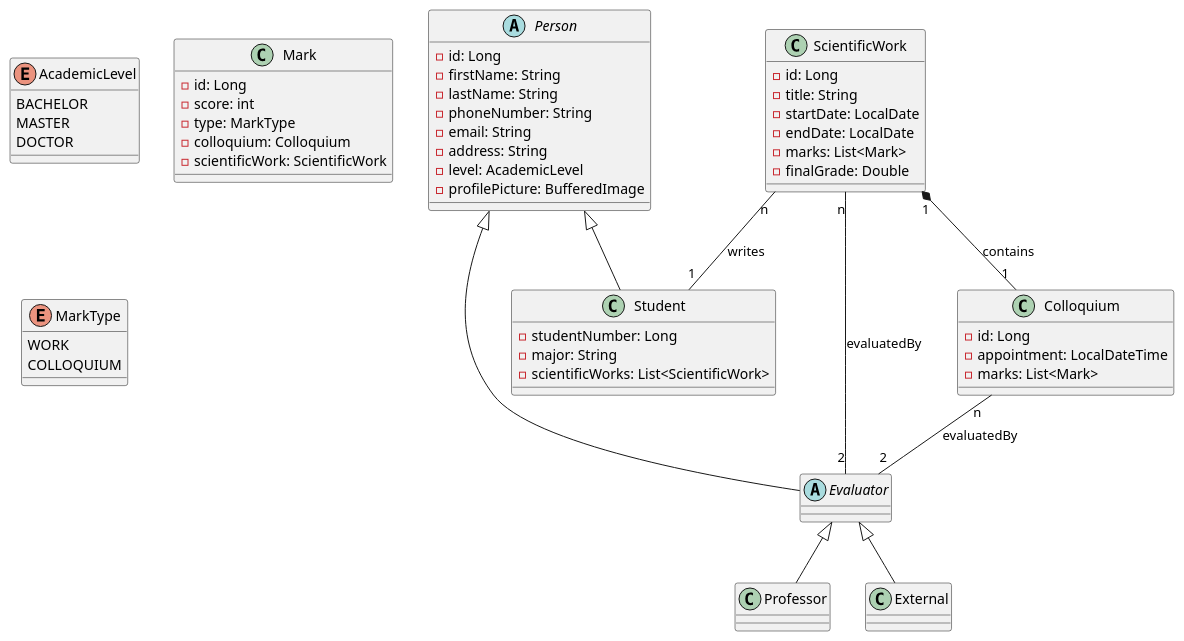
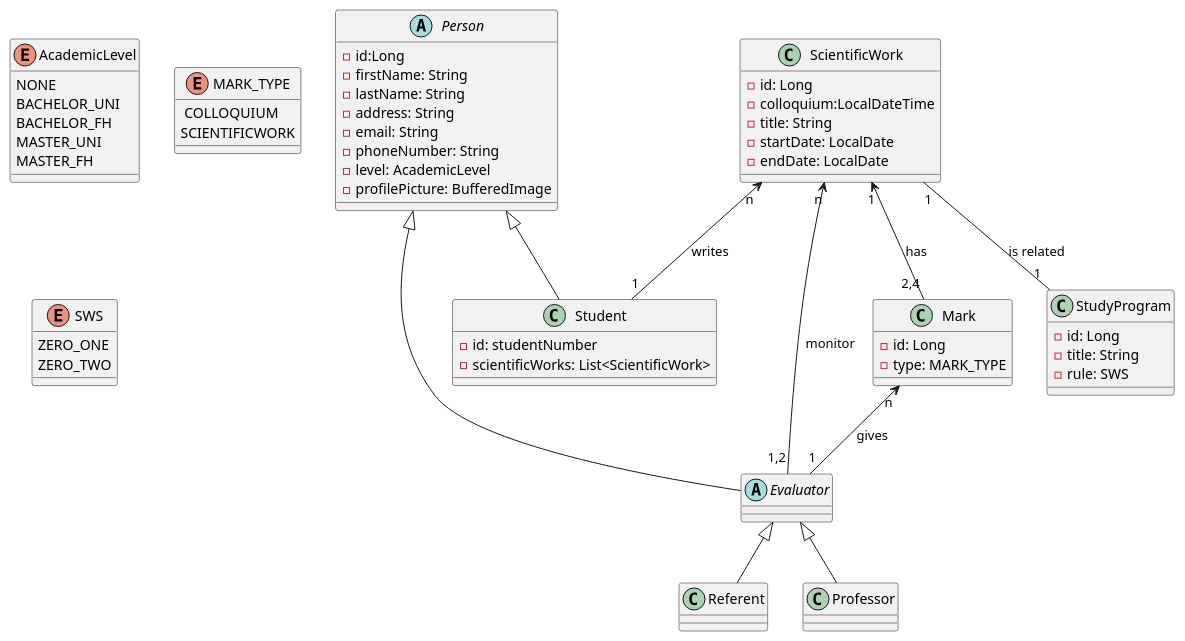
The diagram in classDiagram.puml (loiiden/ProfIs-backend), drawn with PlantUML before and after one commit. The commit also changed 14 other files, not shown here.

Commit message:
Creation of the entitites  of each model, which are defined in the classDiagram.puml file. The associated  classes are located  in the model package

```diff
--- a/classDiagram.puml
+++ b/classDiagram.puml
@@ -1,64 +1,69 @@
 @startuml
-abstract class Person {
-    - id: Long
-    - firstName: String
-    - lastName: String
-    - phoneNumber: String
-    - email: String
-    - address: String
-    - level: AcademicLevel
-    - profilePicture: BufferedImage
+abstract class Person{
+-id:Long
+-firstName: String
+-lastName: String
+-address: String
+-email: String
+-phoneNumber: String
+-level: AcademicLevel
+-profilePicture: BufferedImage
+}
+abstract class  Evaluator 
+
+class Referent
+class Professor
+class Student{
+ -id: studentNumber
+ -scientificWorks: List<ScientificWork>
+}
+enum AcademicLevel{
+    NONE
+    BACHELOR_UNI
+    BACHELOR_FH
+    MASTER_UNI
+    MASTER_FH
+}
+Person<|-- Evaluator 
+Evaluator<|-- Referent
+Evaluator<|--Professor
+Person <|-- Student
+
+class Mark{
+    -id: Long
+    -type: MARK_TYPE
+}
+Mark "n"<--"1"Evaluator : gives
+
+enum MARK_TYPE{
+     COLLOQUIUM
+     SCIENTIFICWORK
+}
+class ScientificWork{
+    -id: Long
+    -colloquium:LocalDateTime
+    -title: String
+    -startDate: LocalDate
+    -endDate: LocalDate
+}
+ScientificWork "n"<--"1,2"Evaluator : monitor
+ScientificWork "1"<--"2,4"Mark: has
+ScientificWork "n"<--"1"Student: writes
+ScientificWork "1"--"1"StudyProgram: is related
+
+
+
+class StudyProgram{
+    -id: Long
+    -title: String
+    -rule: SWS
+}
+enum SWS{
+    ZERO_ONE
+    ZERO_TWO
+
 }
 
-abstract class Evaluator
-Person <|-- Evaluator
-Evaluator <|-- Professor
-Evaluator <|-- External
 
-class Student {
-    - studentNumber: Long
-    - major: String
-    - scientificWorks: List<ScientificWork>
-}
-Person <|-- Student
 
-enum AcademicLevel {
-    BACHELOR
-    MASTER
-    DOCTOR
-}
-
-class ScientificWork{
-    -id: Long
-    - title: String
-    - startDate: LocalDate
-    - endDate: LocalDate
-    - marks: List<Mark>
-    - finalGrade: Double
-}
-
-class Colloquium{
-    -id: Long
-    -appointment: LocalDateTime
-    -marks: List<Mark>
-}
-
-class Mark {
-    - id: Long
-    - score: int
-    - type: MarkType
-    - colloquium: Colloquium
-    - scientificWork: ScientificWork
-}
-
-enum MarkType {
-    WORK
-    COLLOQUIUM
-}
-
-ScientificWork "1" *-- "1" Colloquium : contains
-ScientificWork "n" -- "1" Student : writes
-
-ScientificWork "n" -- "2" Evaluator : evaluatedBy
-Colloquium "n" -- "2" Evaluator : evaluatedBy
 @enduml
```
